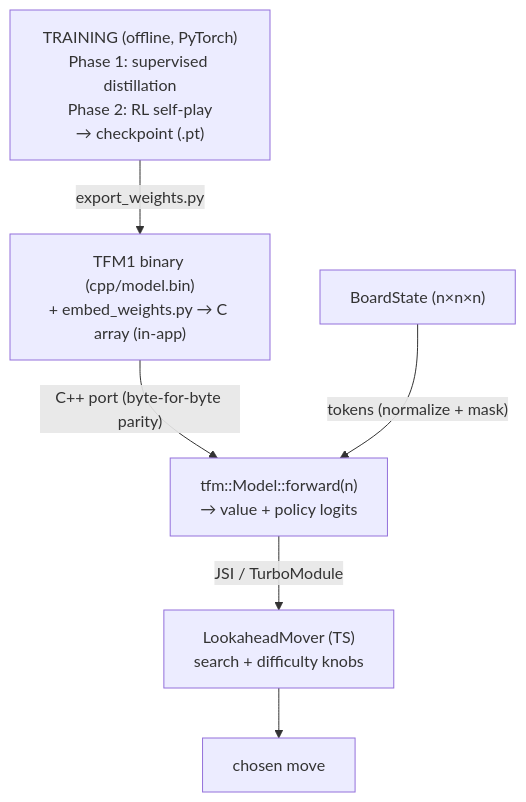
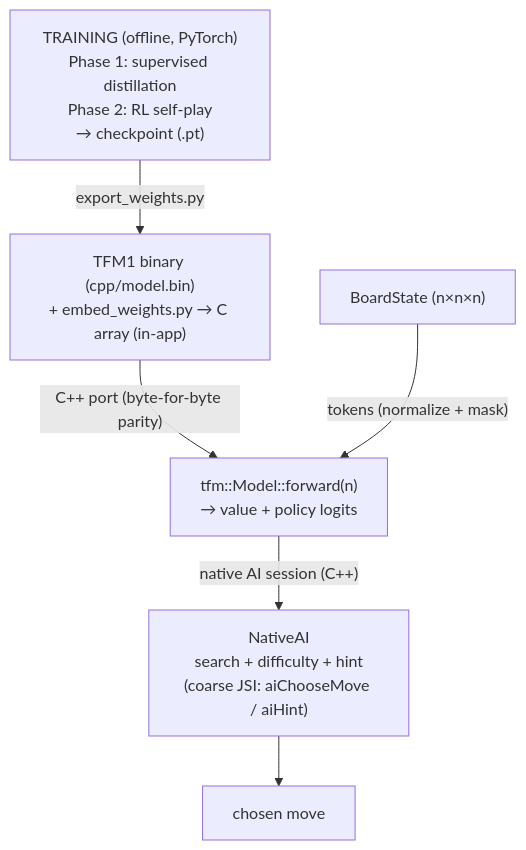
The first of 12 diagrams in README.md (darkslayer-ns/3d-tiktactoe), drawn with Mermaid before and after one commit. The commit also changed other lines of this file and 2 other files, not shown here.

Commit message:
docs: reflect native AI session (search/hint/memory/profiles now C++)

````diff
--- a/README.md
+++ b/README.md
@@ -17,9 +17,9 @@
 ```mermaid
 flowchart TD
     TR["TRAINING (offline, PyTorch)<br/>Phase 1: supervised distillation<br/>Phase 2: RL self-play<br/>→ checkpoint (.pt)"]
     TR -->|"export_weights.py"| BIN["TFM1 binary (cpp/model.bin)<br/>+ embed_weights.py → C array (in-app)"]
     BIN -->|"C++ port (byte-for-byte parity)"| FWD["tfm::Model::forward(n)<br/>→ value + policy logits"]
     BS["BoardState (n×n×n)"] -->|"tokens (normalize + mask)"| FWD
-    FWD -->|"JSI / TurboModule"| MVR["LookaheadMover (TS)<br/>search + difficulty knobs"]
+    FWD -->|"native AI session (C++)"| MVR["NativeAI<br/>search + difficulty + hint<br/>(coarse JSI: aiChooseMove / aiHint)"]
     MVR --> CH["chosen move"]
 ```
````
